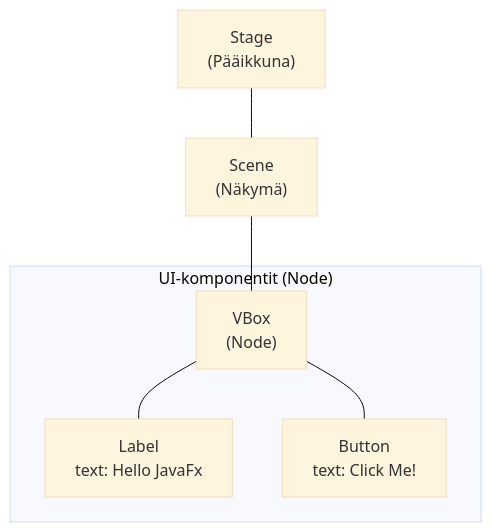
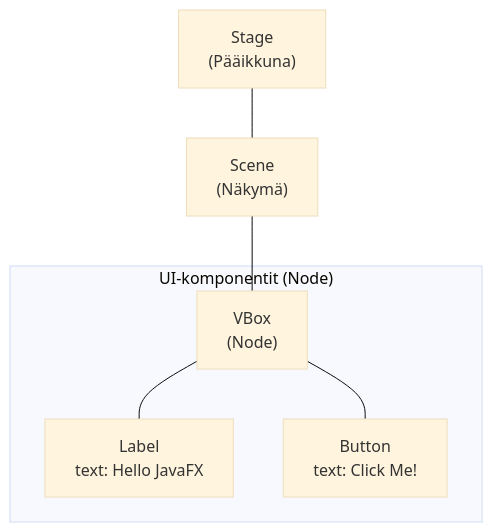
The diagram in src/osa7/01-javafx-perusteet.md (ISEAI-JYU/Programming-2), drawn with Mermaid (base theme) before and after one commit. The commit also changed other lines of this file and 97 other files, not shown here.

````diff
--- a/src/osa7/01-javafx-perusteet.md
+++ b/src/osa7/01-javafx-perusteet.md
@@ -243,30 +243,30 @@
 ```mermaid
 flowchart TD
     Stage["
         Stage
         (Pääikkuna)
     "]
     Scene["
         Scene
         (Näkymä)
     "]
     VBox["
         VBox
         (Node)
     "]
     Label["
         Label
-        text: Hello JavaFx
+        text: Hello JavaFX
     "]
     Button["
         Button
         text: Click Me!
     "]
 
     Stage --- Scene
     Scene --- VBox
     subgraph "UI-komponentit (Node)"
     VBox --- Label
     VBox --- Button
     end
 ```
````
